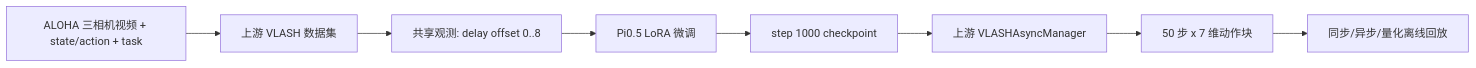
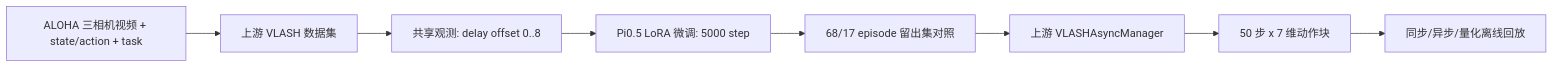
One commit to std-song/vla-training-infra-lab changed the second of 2 diagrams in project3_vla_inference/README_CN.md. Above: the diagram before and after it, drawn with Mermaid. The commit also changed other lines of this file and 2 other files, not shown here.

````diff
--- a/project3_vla_inference/README_CN.md
+++ b/project3_vla_inference/README_CN.md
@@ -54,10 +54,10 @@
 ```mermaid
 flowchart LR
     A[ALOHA 三相机视频 + state/action + task] --> B[上游 VLASH 数据集]
     B --> C[共享观测: delay offset 0..8]
-    C --> D[Pi0.5 LoRA 微调]
-    D --> E[step 1000 checkpoint]
+    C --> D[Pi0.5 LoRA 微调: 5000 step]
+    D --> E[68/17 episode 留出集对照]
     E --> F[上游 VLASHAsyncManager]
     F --> G[50 步 x 7 维动作块]
     G --> H[同步/异步/量化离线回放]
 ```
````
